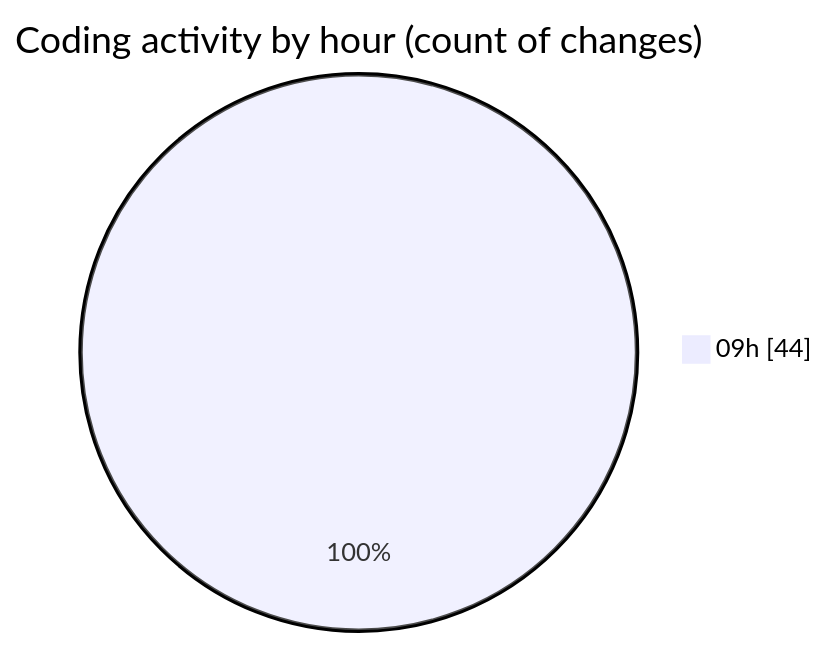
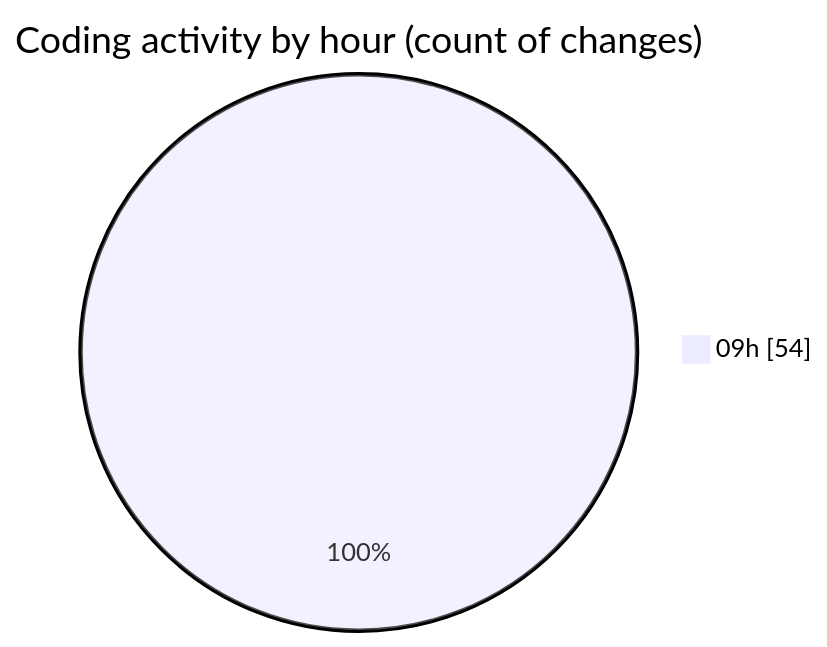
Before and after one commit to momahboobian/code-tracking: the second of 2 diagrams in 2026-01-08/cda/README.md, drawn with Mermaid. The commit also changed other lines of this file and 1 other file, not shown here.

````diff
--- a/2026-01-08/cda/README.md
+++ b/2026-01-08/cda/README.md
@@ -49,5 +50,5 @@
 ```mermaid
 pie showData
 title Coding activity by hour (count of changes)
-"09h" : 44
+"09h" : 54
 ```
````
